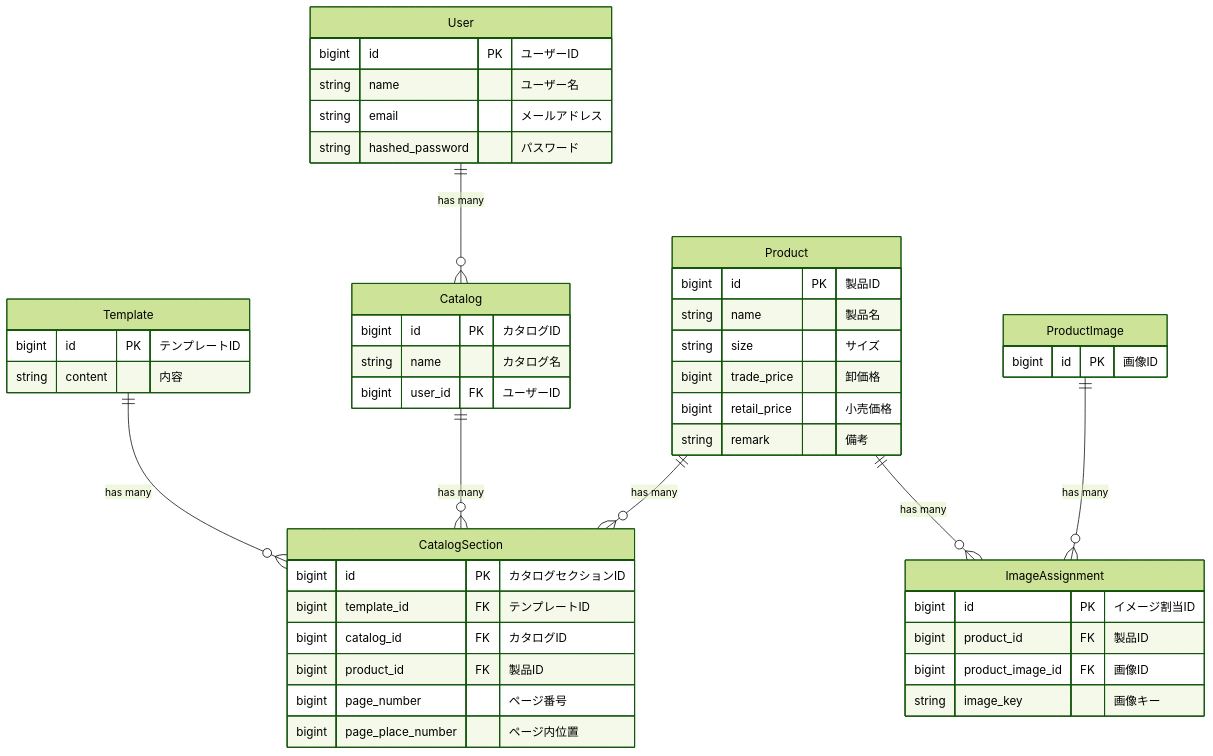
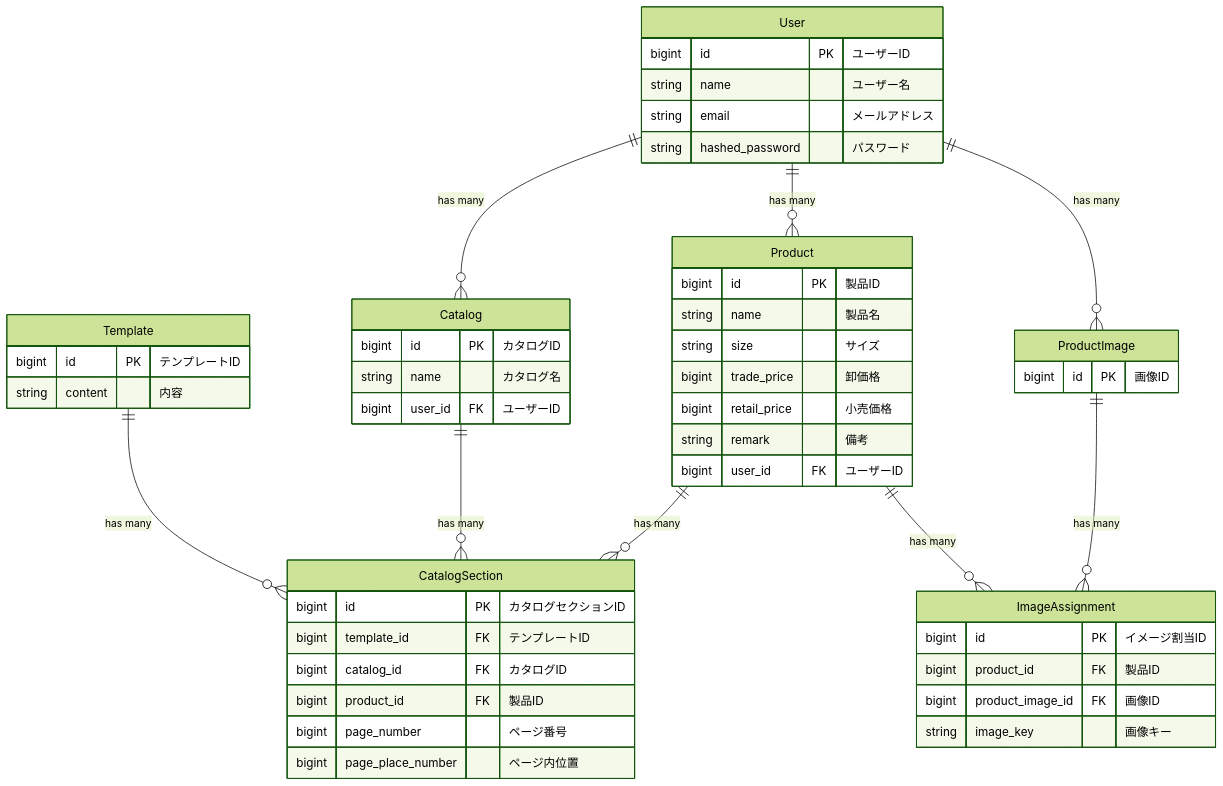
One commit to setodeve/CatalogEasy-backend changed the diagram in documents/design/er.md. Above: the diagram before and after it, drawn with Mermaid (forest theme).

Commit message:
feat: change er

````diff
--- a/documents/design/er.md
+++ b/documents/design/er.md
@@ -1,57 +1,59 @@
 ```mermaid
 erDiagram
     User ||--o{ Catalog : "has many"
+    User ||--o{ Product : "has many"
+    User ||--o{ ProductImage : "has many"
     Template ||--o{ CatalogSection : "has many"
     Catalog ||--o{ CatalogSection : "has many"
     Product ||--o{ CatalogSection : "has many"
     Product ||--o{ ImageAssignment : "has many"
     ProductImage ||--o{ ImageAssignment : "has many"
     
     User {
         bigint id PK "ユーザーID"
         string name "ユーザー名"
         string email "メールアドレス"
         string hashed_password "パスワード"
     }
     
     Catalog {
         bigint id PK "カタログID"
         string name "カタログ名"
         bigint user_id FK "ユーザーID"
     }
     
     Product {
         bigint id PK "製品ID"
         string name "製品名"
         string size "サイズ"
         bigint trade_price "卸価格"
         bigint retail_price "小売価格"
         string remark "備考"
+        bigint user_id FK "ユーザーID"
     }
     
     ProductImage {
         bigint id PK "画像ID"
     }
     
     Template {
         bigint id PK "テンプレートID"
         string content "内容"
     }
     
     CatalogSection {
         bigint id PK "カタログセクションID"
         bigint template_id FK "テンプレートID"
         bigint catalog_id FK "カタログID"
         bigint product_id FK "製品ID"
         bigint page_number "ページ番号"
         bigint page_place_number "ページ内位置"
     }
     
     ImageAssignment {
         bigint id PK "イメージ割当ID"
         bigint product_id FK "製品ID"
         bigint product_image_id FK "画像ID"
         string image_key "画像キー"
     }
-
 ```
````
